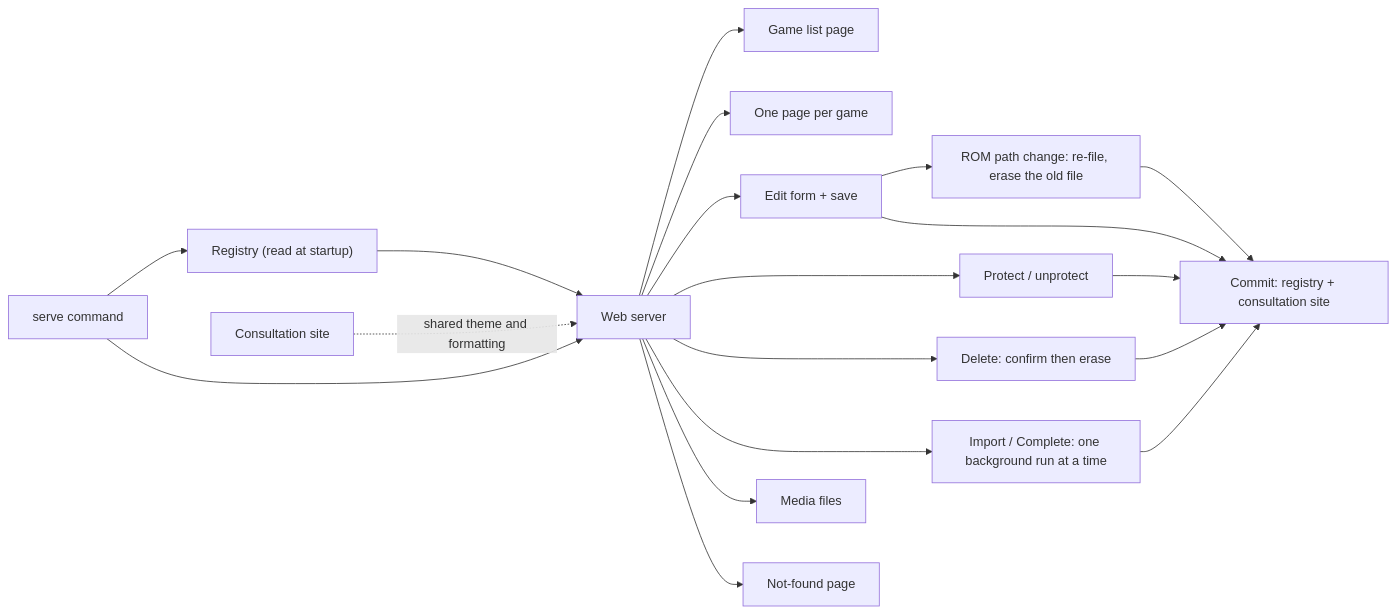
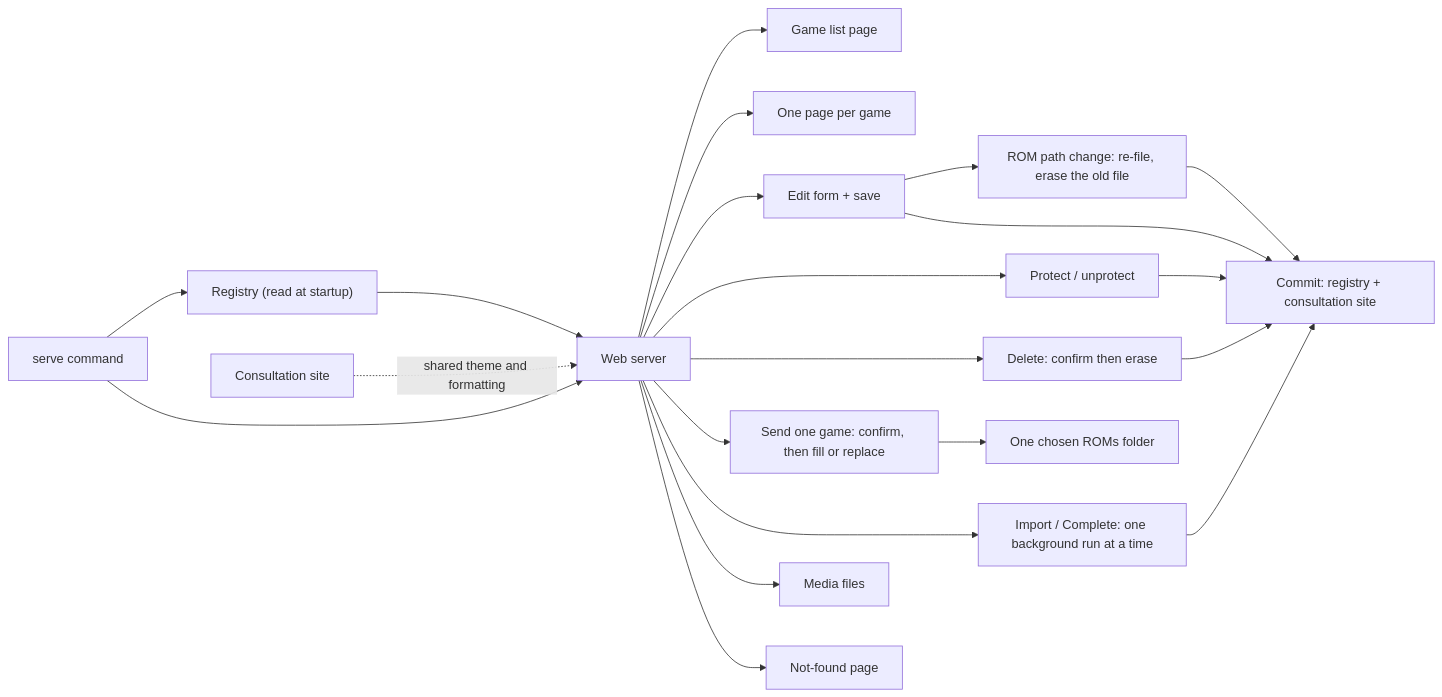
One commit to neolao/batocera-scrap-manager changed the diagram in docs/architecture.md. Above: the diagram before and after it, drawn with Mermaid. The commit also changed other lines of this file and 16 other files, not shown here.

````diff
--- a/docs/architecture.md
+++ b/docs/architecture.md
@@ -64,21 +64,23 @@
 ```mermaid
 flowchart LR
   CLI["serve command"] --> REG["Registry (read at startup)"]
   CLI --> SRV["Web server"]
   REG --> SRV
   SRV --> LIST["Game list page"]
   SRV --> GAME["One page per game"]
   SRV --> EDIT["Edit form + save"]
   EDIT --> PATH["ROM path change: re-file, erase the old file"]
   PATH --> COMMIT
   SRV --> PROT["Protect / unprotect"]
   PROT --> COMMIT
   SRV --> DEL["Delete: confirm then erase"]
   DEL --> COMMIT
+  SRV --> SEND["Send one game: confirm, then fill or replace"]
+  SEND --> ROMS["One chosen ROMs folder"]
   SRV --> JOB["Import / Complete: one background run at a time"]
   JOB --> COMMIT
   SRV --> MEDIA["Media files"]
   SRV --> NF["Not-found page"]
   EDIT --> COMMIT["Commit: registry + consultation site"]
   SITE["Consultation site"] -. shared theme and formatting .-> SRV
 ```
````
